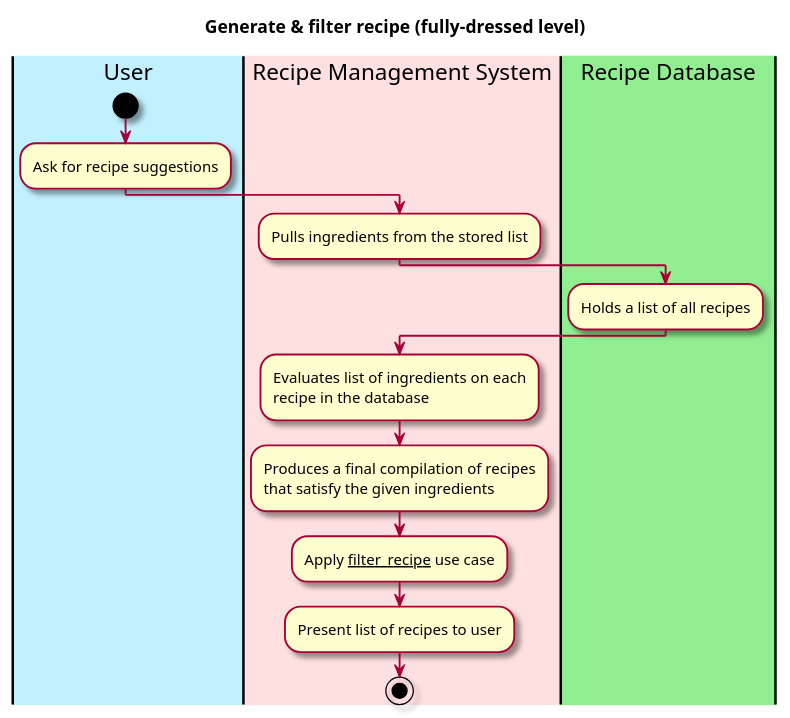
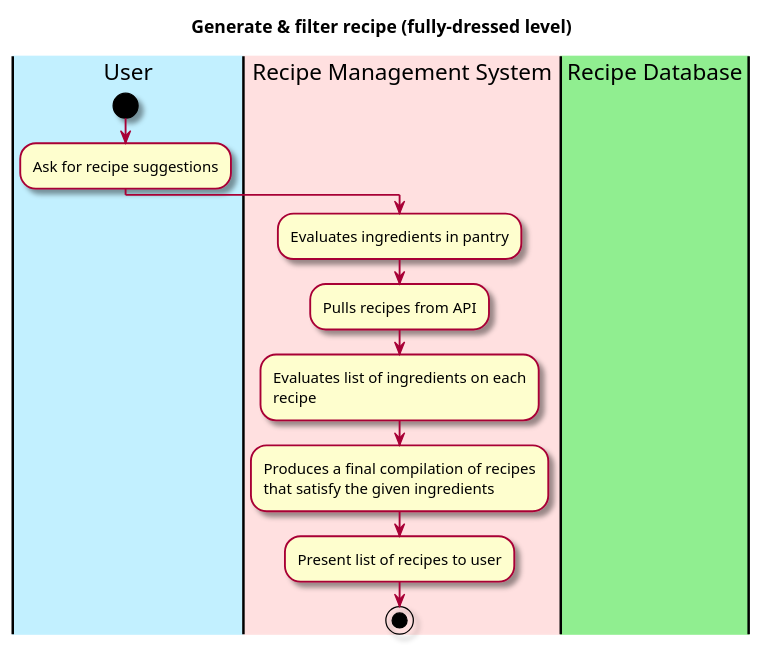
Before and after one commit to berthashipper/Pantry-Pal-Android-Application: the diagram in intellij/doc/use-cases/generate_recipe.md, drawn with PlantUML. The commit also changed 7 other files, not shown here.

````diff
--- a/intellij/doc/use-cases/generate_recipe.md
+++ b/intellij/doc/use-cases/generate_recipe.md
@@ -30,34 +30,31 @@
 ```plantuml
 @startuml
 
 skin rose
 
 title Generate & filter recipe (fully-dressed level)
 
 'define the lanes
 |#application|User|
 |#implementation|Recipe Management System|
 |#lightgreen|Recipe Database|
 
 |User|
 start
 :Ask for recipe suggestions;
 
 |Recipe Management System|
-:Pulls ingredients from the stored list;
-
-|Recipe Database|
-:Holds a list of all recipes;
+:Evaluates ingredients in pantry;
+:Pulls recipes from API;
 
 |Recipe Management System|
+
 :Evaluates list of ingredients on each
-recipe in the database;
+recipe;
 :Produces a final compilation of recipes
 that satisfy the given ingredients;
+:Present list of recipes to user;
 
-:Apply __filter_recipe__ use case;
-
-:Present list of recipes to user;
 stop
 @enduml
 ```
````
